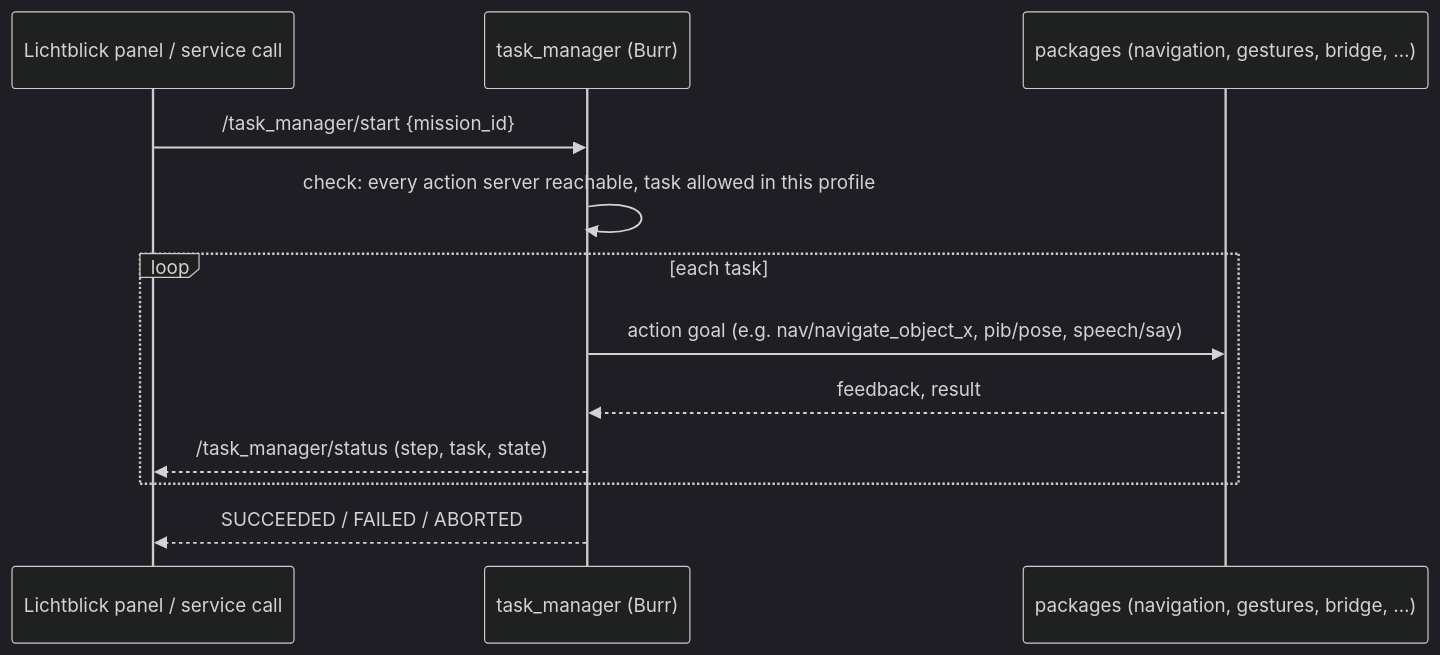
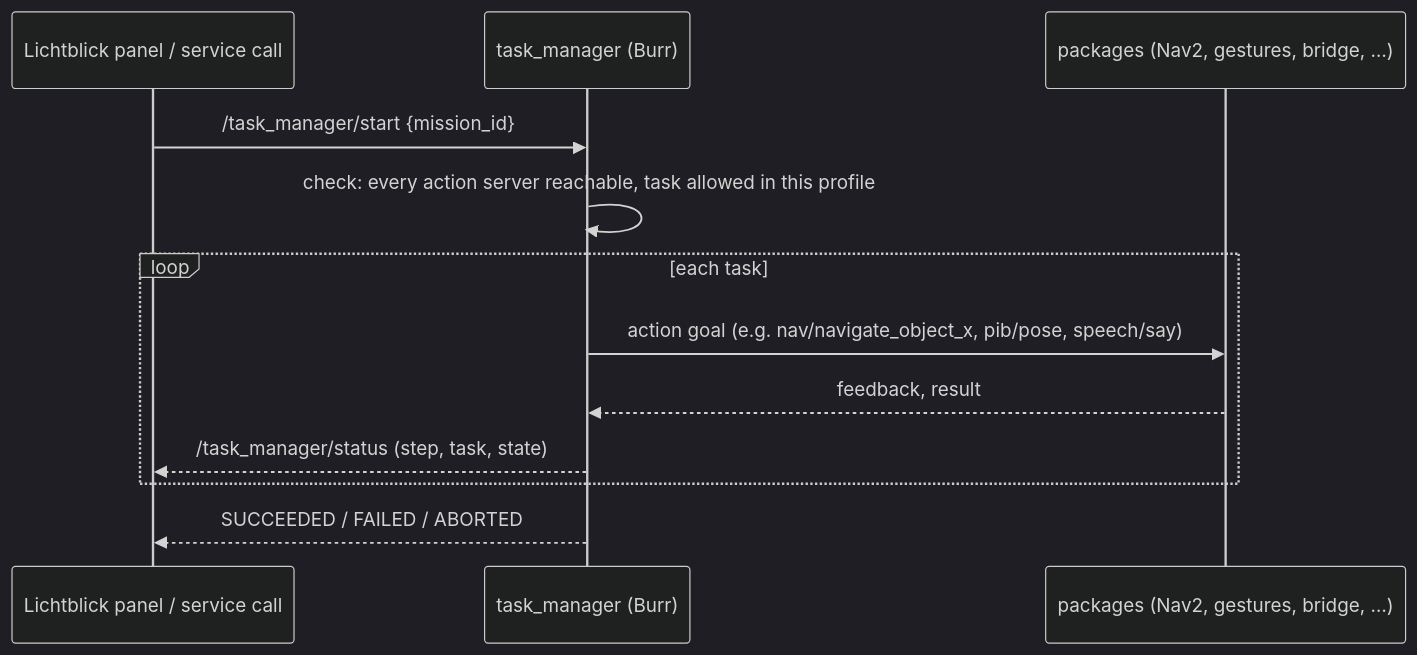
One commit to autonohm/georg_at_home changed the fifth of 5 diagrams in README.md. Above: the diagram before and after it, drawn with Mermaid (dark theme). The commit also changed other lines of this file and 46 other files, not shown here.

````diff
--- a/README.md
+++ b/README.md
@@ -155,14 +155,14 @@
 ```mermaid
 sequenceDiagram
   participant U as Lichtblick panel / service call
   participant TM as task_manager (Burr)
-  participant P as packages (navigation, gestures, bridge, …)
+  participant P as packages (Nav2, gestures, bridge, …)
   U->>TM: /task_manager/start {mission_id}
   TM->>TM: check: every action server reachable, task allowed in this profile
   loop each task
     TM->>P: action goal (e.g. nav/navigate_object_x, pib/pose, speech/say)
     P-->>TM: feedback, result
     TM-->>U: /task_manager/status (step, task, state)
   end
   TM-->>U: SUCCEEDED / FAILED / ABORTED
 ```
````
